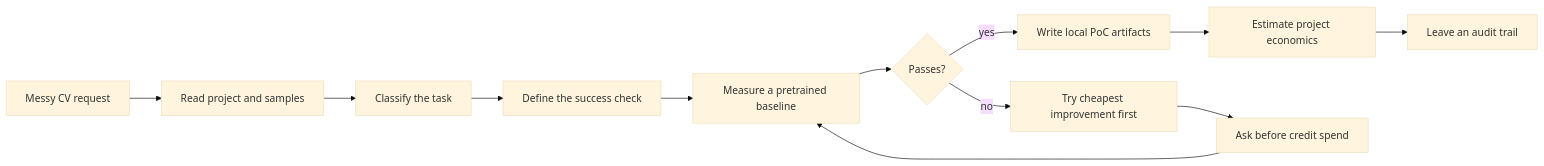
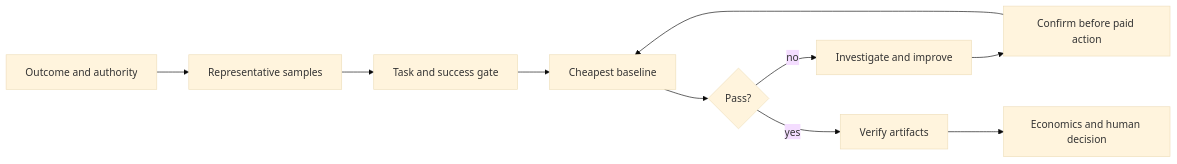
One commit to Borda/vision-delivery changed the diagram in docs/index.md. Above: the diagram before and after it, drawn with Mermaid (base theme). The commit also changed other lines of this file and 34 other files, not shown here.

````diff
--- a/docs/index.md
+++ b/docs/index.md
@@ -134,14 +79,12 @@
 ```mermaid
 flowchart LR
-    A[Messy CV request] --> B[Read project and samples]
-    B --> C[Classify the task]
-    C --> D[Define the success check]
-    D --> E[Measure a pretrained baseline]
-    E --> F{Passes?}
-    F -->|yes| G[Write local PoC artifacts]
-    F -->|no| H[Try cheapest improvement first]
-    H --> I[Ask before credit spend]
-    I --> E
-    G --> J[Estimate project economics]
-    J --> K[Leave an audit trail]
+    A[Outcome and authority] --> B[Representative samples]
+    B --> C[Task and success gate]
+    C --> D[Cheapest baseline]
+    D --> E{Pass?}
+    E -->|no| F[Investigate and improve]
+    F --> G[Confirm before paid action]
+    G --> D
+    E -->|yes| H[Verify artifacts]
+    H --> I[Economics and human decision]
 ```
````
